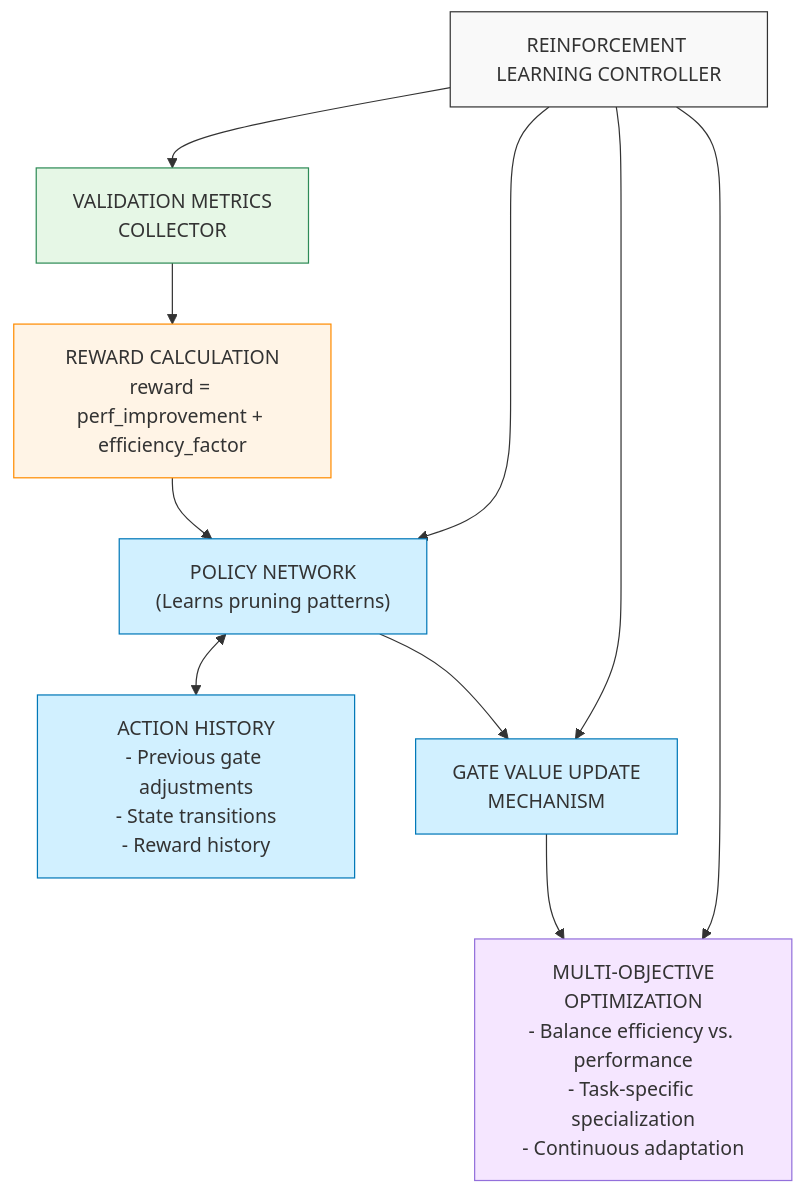
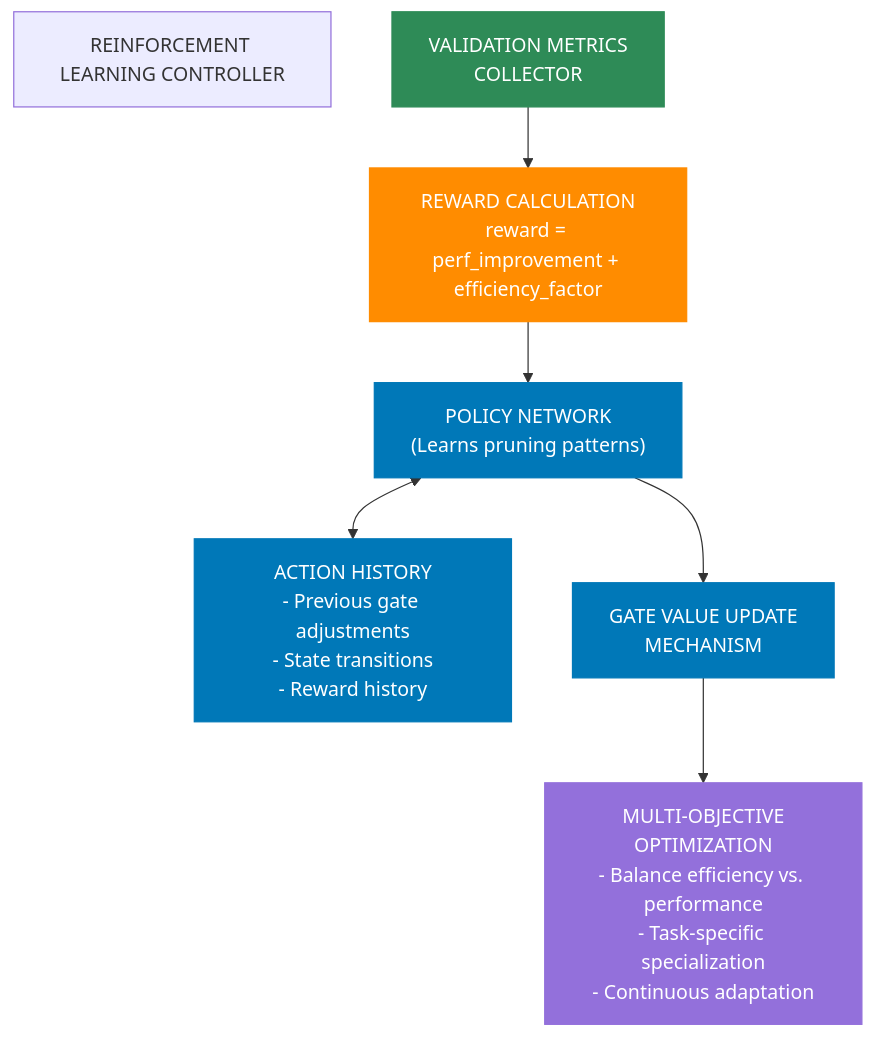
One commit to CambrianTech/sentinel-ai changed the fifth of 6 diagrams in README.md. Above: the diagram before and after it, drawn with Mermaid. The commit also changed other lines of this file and 3 other files, not shown here.

First line of the commit message:
Fix colors in Mermaid diagrams for better readability (#33)

````diff
--- a/README.md
+++ b/README.md
@@ -473,35 +479,34 @@
 ```mermaid
 flowchart TD
-    classDef standard fill:#f9f9f9,stroke:#333,stroke-width:1px
-    classDef metrics fill:#e6f7e6,stroke:#2e8b57,stroke-width:1px
-    classDef reward fill:#fff4e6,stroke:#ff8c00,stroke-width:1px
-    classDef policy fill:#d1f0ff,stroke:#0078b8,stroke-width:1px
-    classDef optimization fill:#f5e6ff,stroke:#9370db,stroke-width:1px
+    classDef standard fill:#333,stroke:#333,stroke-width:1px,color:#fff
+    classDef metrics fill:#2e8b57,stroke:#2e8b57,stroke-width:1px,color:#fff
+    classDef reward fill:#ff8c00,stroke:#ff8c00,stroke-width:1px,color:#fff
+    classDef policy fill:#0078b8,stroke:#0078b8,stroke-width:1px,color:#fff
+    classDef optimization fill:#9370db,stroke:#9370db,stroke-width:1px,color:#fff
     
     %% Main Components
-    title["REINFORCEMENT LEARNING CONTROLLER"]
+    header["REINFORCEMENT LEARNING CONTROLLER"]
     metrics["VALIDATION METRICS<br/>COLLECTOR"]
     reward["REWARD CALCULATION<br/>reward = perf_improvement + efficiency_factor"]
     policy["POLICY NETWORK<br/>(Learns pruning patterns)"]
     history["ACTION HISTORY<br/>- Previous gate adjustments<br/>- State transitions<br/>- Reward history"]
     update["GATE VALUE UPDATE<br/>MECHANISM"]
     optimization["MULTI-OBJECTIVE<br/>OPTIMIZATION<br/>- Balance efficiency vs. performance<br/>- Task-specific specialization<br/>- Continuous adaptation"]
     
     %% Connections
-    title --> metrics & policy & update & optimization
-    
+        
     metrics --> reward
     reward --> policy
     policy <--> history
     policy --> update
     update --> optimization
     
     %% Styling
-    title:::standard
+    header:::header
     metrics:::metrics
     reward:::reward
     policy:::policy
     history:::policy
     update:::policy
     optimization:::optimization
 ```
````
